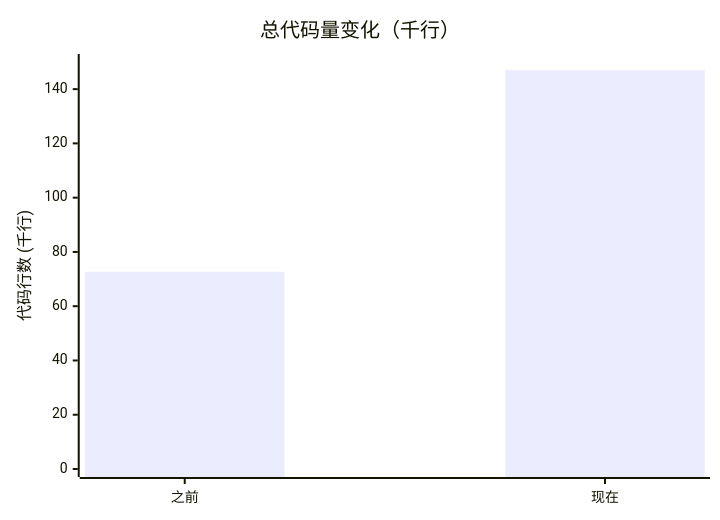
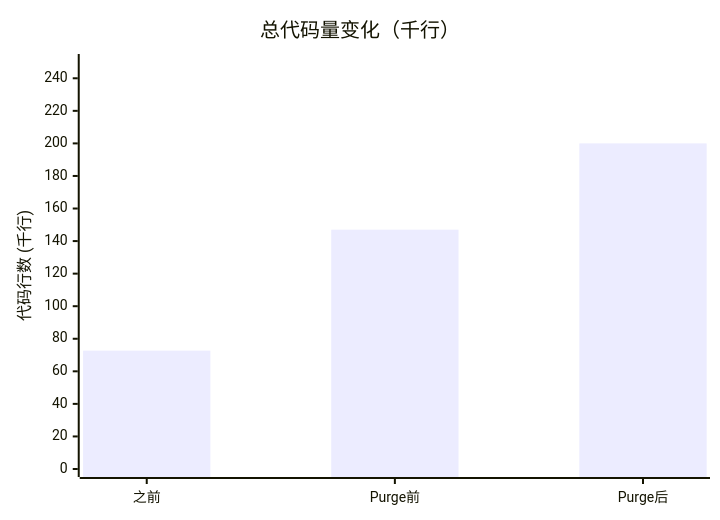
One commit to esir-nus/smart-sales-main changed the seventh of 10 diagrams in PRODUCTION_CODE_ESTIMATE.md. Above: the diagram before and after it, drawn with Mermaid. The commit also changed other lines of this file, not shown here.

````diff
--- a/PRODUCTION_CODE_ESTIMATE.md
+++ b/PRODUCTION_CODE_ESTIMATE.md
@@ -444,7 +442,7 @@
 ```mermaid
 xychart-beta
     title "总代码量变化（千行）"
-    x-axis ["之前", "现在"]
-    y-axis "代码行数 (千行)" 0 --> 150
-    bar [72.7, 147.0]
+    x-axis ["之前", "Purge前", "Purge后"]
+    y-axis "代码行数 (千行)" 0 --> 250
+    bar [72.7, 147.0, 200.0]
 ```
````
